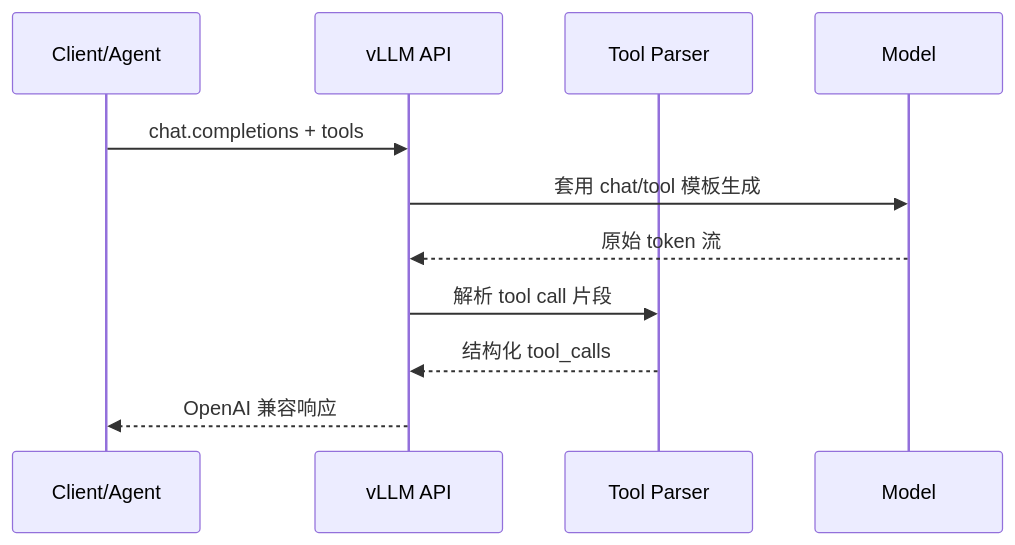
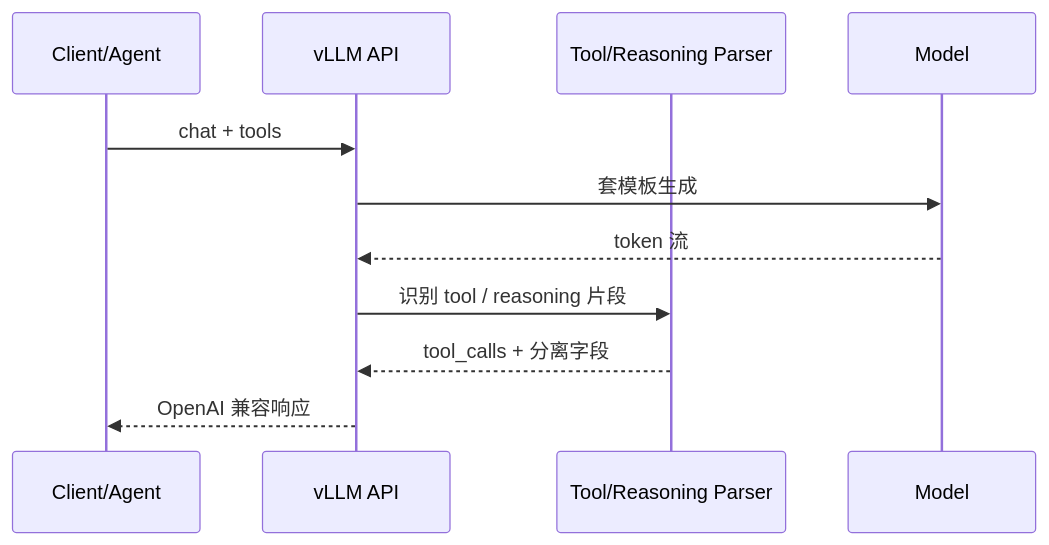
Before and after one commit to tqm6666/AIInfraGuide: the diagram in docs/guides/模块四-推理优化/第8章-生产级服务特性/8.2-Tool-Calling与Reasoning-Parser.md, drawn with Mermaid. The commit also changed other lines of this file and 5 other files, not shown here.

````diff
--- a/docs/guides/模块四-推理优化/第8章-生产级服务特性/8.2-Tool-Calling与Reasoning-Parser.md
+++ b/docs/guides/模块四-推理优化/第8章-生产级服务特性/8.2-Tool-Calling与Reasoning-Parser.md
@@ -92,13 +90,13 @@
 ```mermaid
 sequenceDiagram
     participant C as Client/Agent
     participant V as vLLM API
-    participant P as Tool Parser
+    participant P as Tool/Reasoning Parser
     participant M as Model
-    C->>V: chat.completions + tools
-    V->>M: 套用 chat/tool 模板生成
-    M-->>V: 原始 token 流
-    V->>P: 解析 tool call 片段
-    P-->>V: 结构化 tool_calls
+    C->>V: chat + tools
+    V->>M: 套模板生成
+    M-->>V: token 流
+    V->>P: 识别 tool / reasoning 片段
+    P-->>V: tool_calls + 分离字段
     V-->>C: OpenAI 兼容响应
 ```
````
